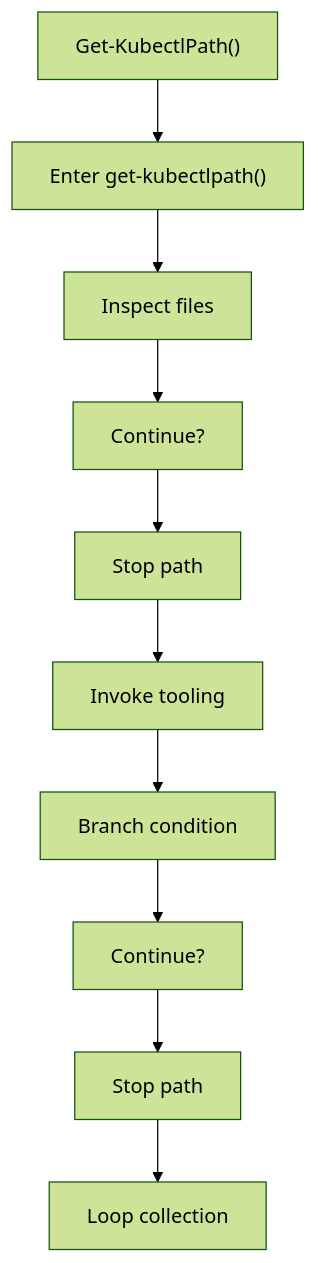
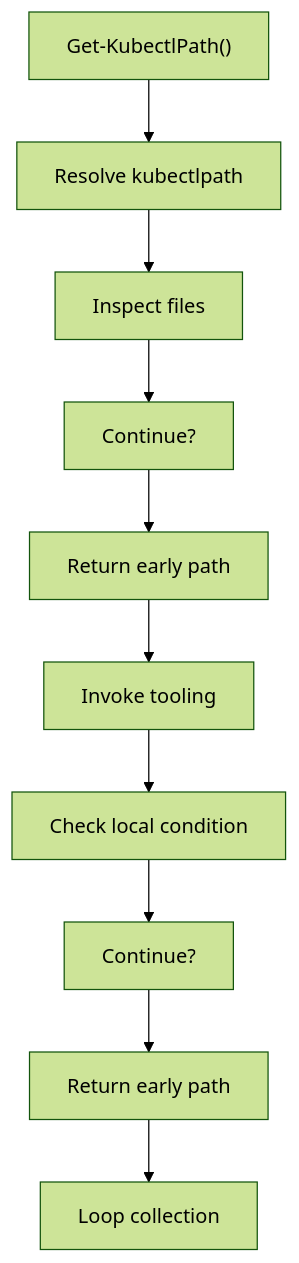
The first of 2 diagrams in docs/Codebase/Infrastructure/session-orchestration/bootstrap_and_deploy/functions/get_kubectlpath.ps1.md (JohnAndrewBalbarosa/NeoTerritory), drawn with Mermaid (forest theme) before and after one commit. The commit also changed other lines of this file and 915 other files, not shown here.

````diff
--- a/docs/Codebase/Infrastructure/session-orchestration/bootstrap_and_deploy/functions/get_kubectlpath.ps1.md
+++ b/docs/Codebase/Infrastructure/session-orchestration/bootstrap_and_deploy/functions/get_kubectlpath.ps1.md
@@ -24,22 +24,22 @@
 ```mermaid
 flowchart TD
     N0["Get-KubectlPath()"]
-    N1["Enter get-kubectlpath()"]
+    N1["Resolve kubectlpath"]
     N2["Inspect files"]
     N3["Continue?"]
-    N4["Stop path"]
+    N4["Return early path"]
     N5["Invoke tooling"]
-    N6["Branch condition"]
+    N6["Check local condition"]
     N7["Continue?"]
-    N8["Stop path"]
+    N8["Return early path"]
     N9["Loop collection"]
     N0 --> N1
     N1 --> N2
     N2 --> N3
     N3 --> N4
     N4 --> N5
     N5 --> N6
     N6 --> N7
     N7 --> N8
     N8 --> N9
 ```
````
